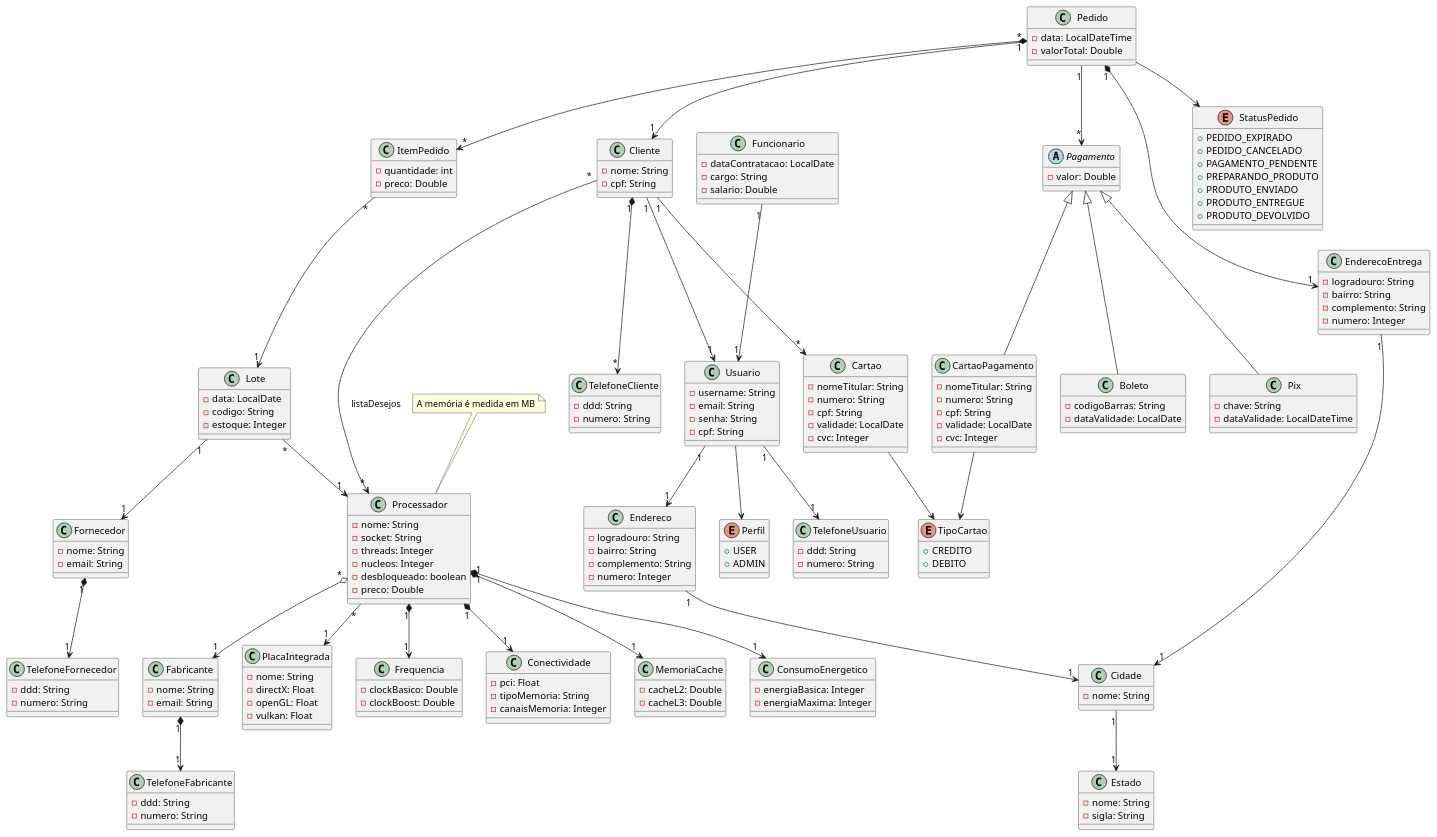
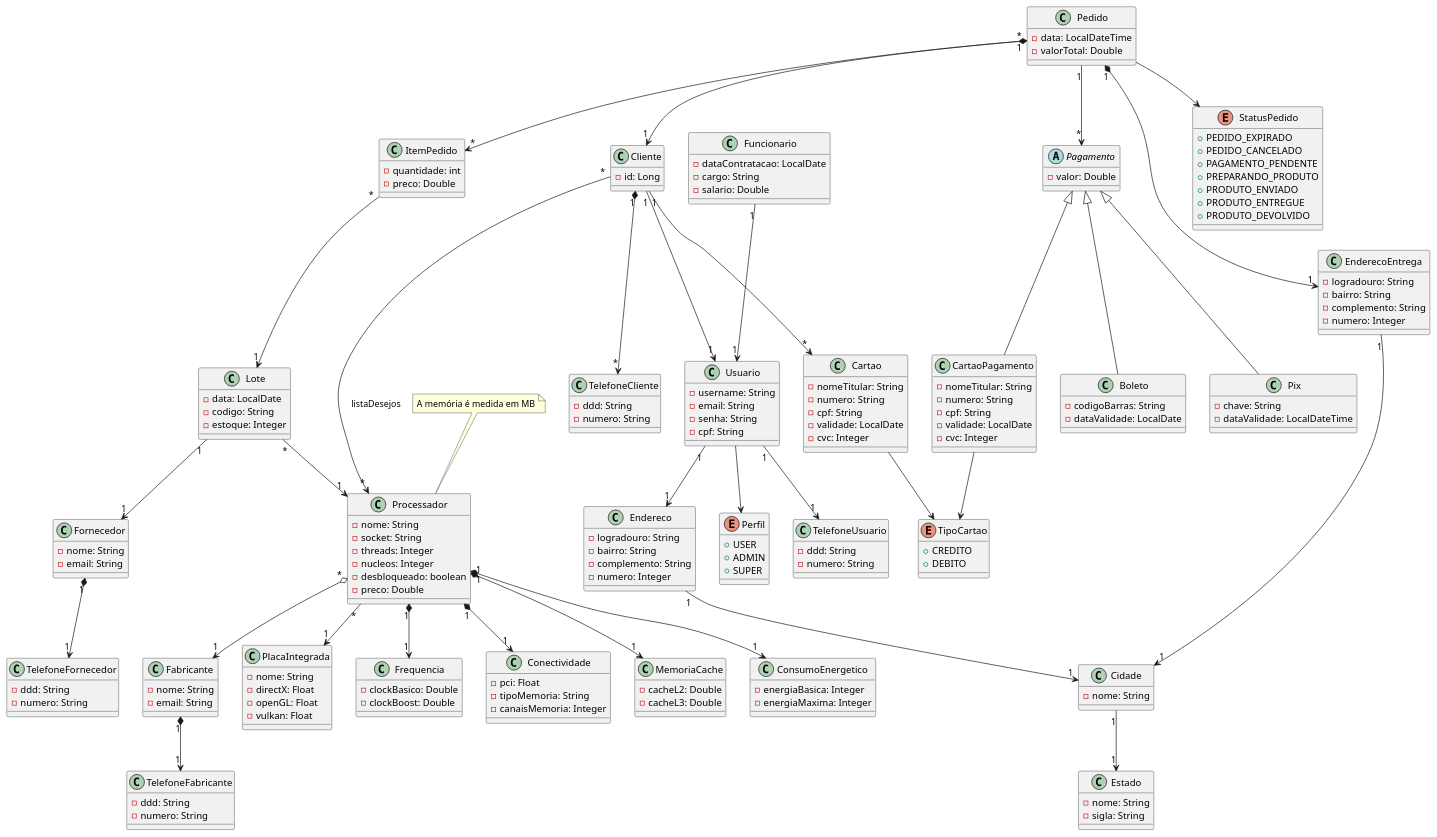
The diagram in modelo.plantuml (gustavo-oli-silva/irondragon), drawn with PlantUML before and after one commit. The commit also changed 30 other files, not shown here.

```diff
--- a/modelo.plantuml
+++ b/modelo.plantuml
@@ -41,8 +41,7 @@
 }
 
 class Cliente {
-    - nome: String
-    - cpf: String 
+    - id: Long
 }
 
 class Funcionario {
@@ -173,6 +172,7 @@
 enum Perfil {
     + USER
     + ADMIN
+    + SUPER
 }
 
 ' RELACIONAMENTOS
```
